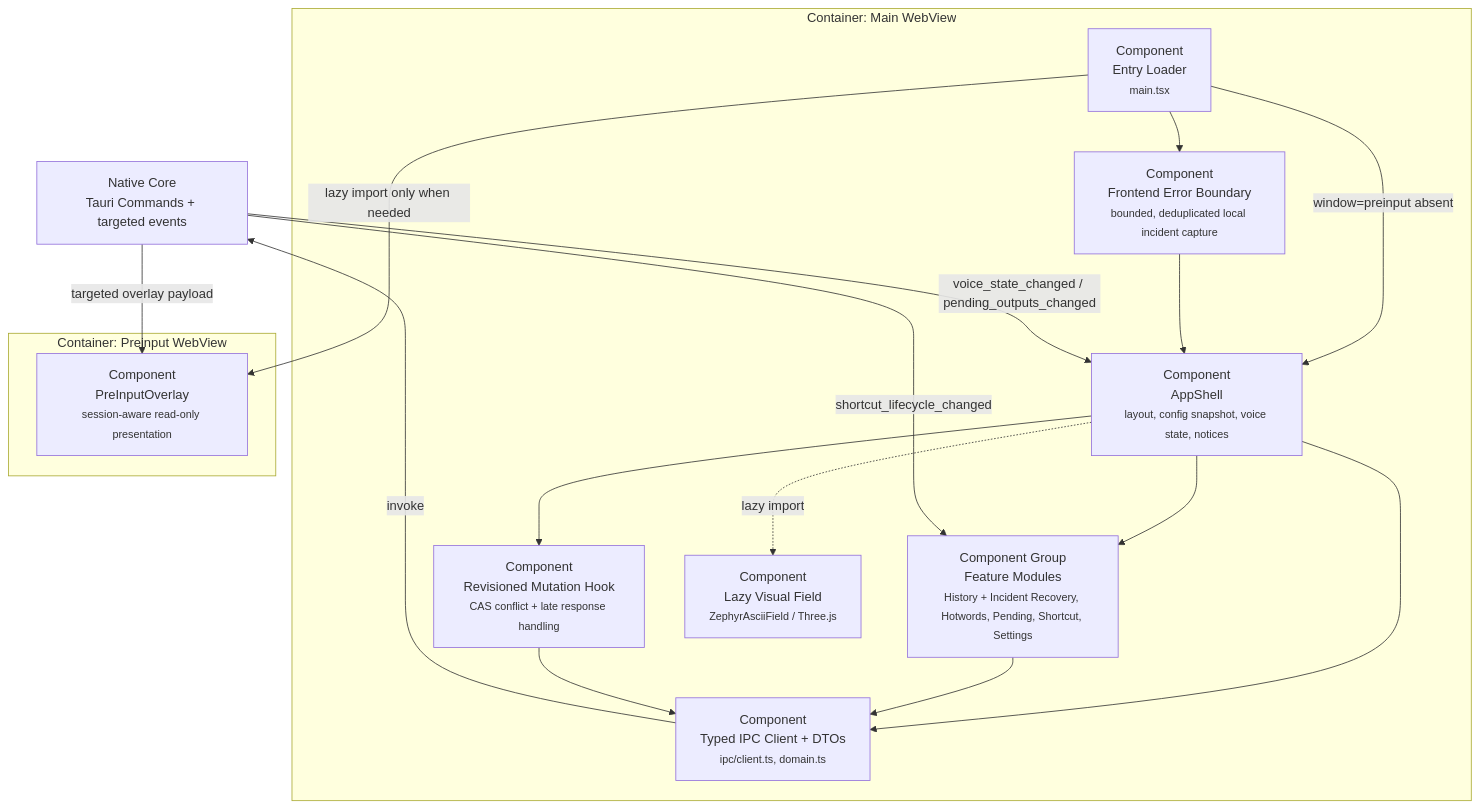
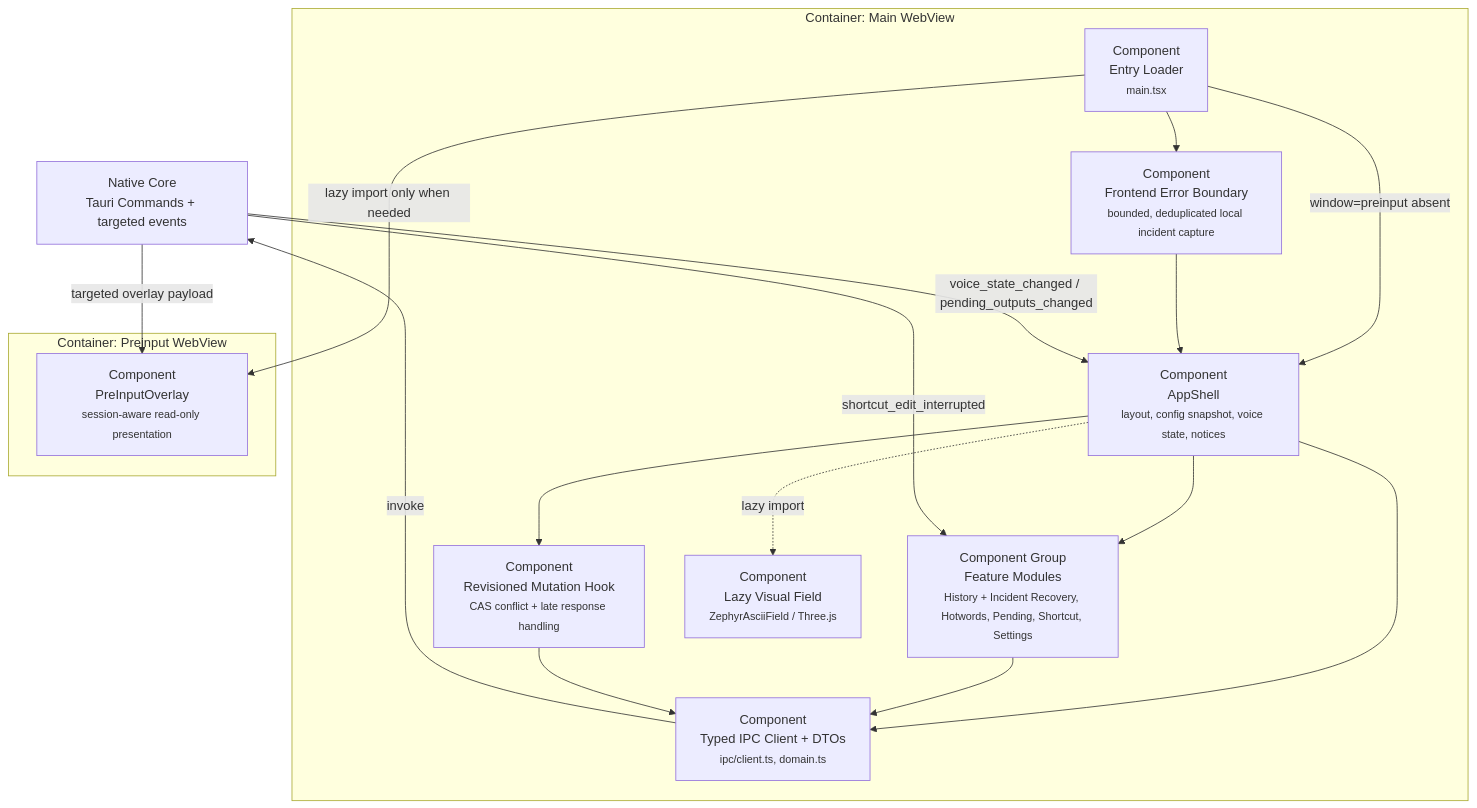
One commit to zhongwater123/Zephyr changed the diagram in docs/architecture/c4-components-frontend.md. Above: the diagram before and after it, drawn with Mermaid. The commit also changed other lines of this file and 33 other files, not shown here.

````diff
--- a/docs/architecture/c4-components-frontend.md
+++ b/docs/architecture/c4-components-frontend.md
@@ -5,33 +5,33 @@
 ```mermaid
 flowchart TB
     tauri["Native Core<br/>Tauri Commands + targeted events"]
 
     subgraph main["Container: Main WebView"]
         entry["Component<br/>Entry Loader<br/><small>main.tsx</small>"]
         shell["Component<br/>AppShell<br/><small>layout, config snapshot, voice state, notices</small>"]
         errors["Component<br/>Frontend Error Boundary<br/><small>bounded, deduplicated local incident capture</small>"]
         revision["Component<br/>Revisioned Mutation Hook<br/><small>CAS conflict + late response handling</small>"]
         features["Component Group<br/>Feature Modules<br/><small>History + Incident Recovery, Hotwords, Pending, Shortcut, Settings</small>"]
         ipc["Component<br/>Typed IPC Client + DTOs<br/><small>ipc/client.ts, domain.ts</small>"]
         visual["Component<br/>Lazy Visual Field<br/><small>ZephyrAsciiField / Three.js</small>"]
     end
 
     subgraph preinput["Container: Preinput WebView"]
         overlay["Component<br/>PreInputOverlay<br/><small>session-aware read-only presentation</small>"]
     end
 
     entry -->|"window=preinput absent"| shell
     entry -->|"lazy import only when needed"| overlay
     shell --> revision
     shell --> features
     entry --> errors
     errors --> shell
     shell --> ipc
     shell -.->|"lazy import"| visual
     features --> ipc
     revision --> ipc
     ipc -->|"invoke"| tauri
     tauri -->|"voice_state_changed / pending_outputs_changed"| shell
-    tauri -->|"shortcut_lifecycle_changed"| features
+    tauri -->|"shortcut_edit_interrupted"| features
     tauri -->|"targeted overlay payload"| overlay
 ```
````
